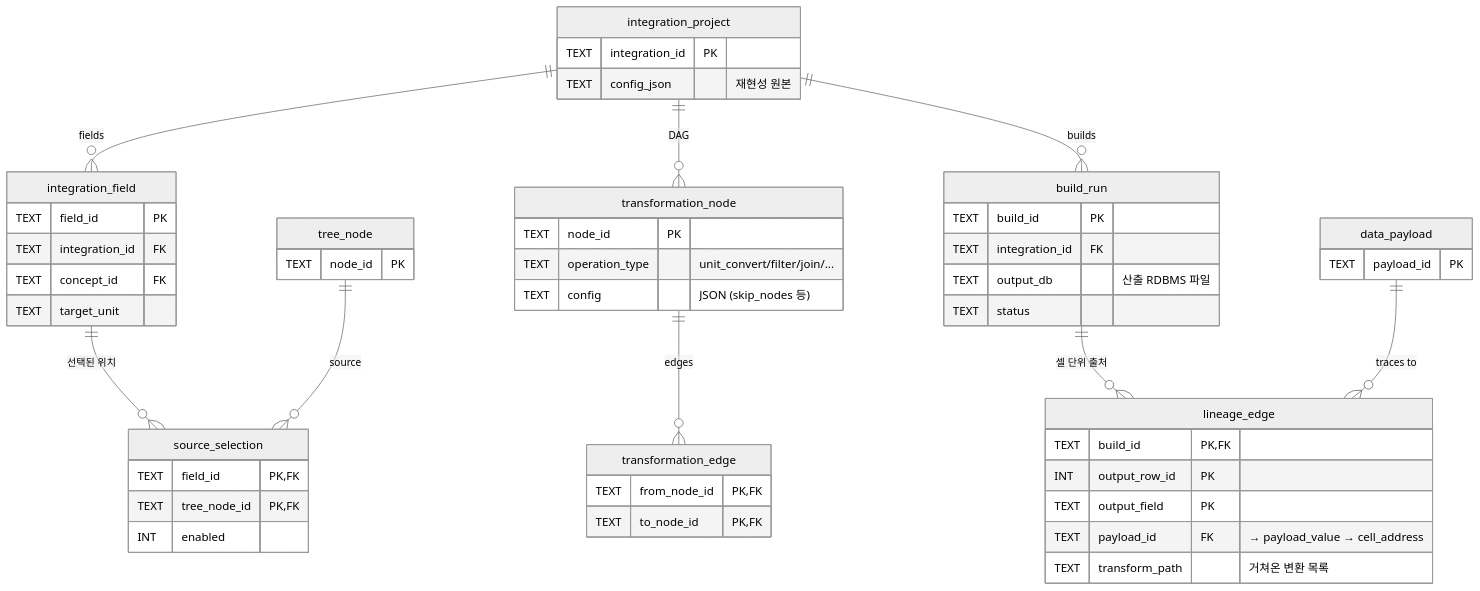
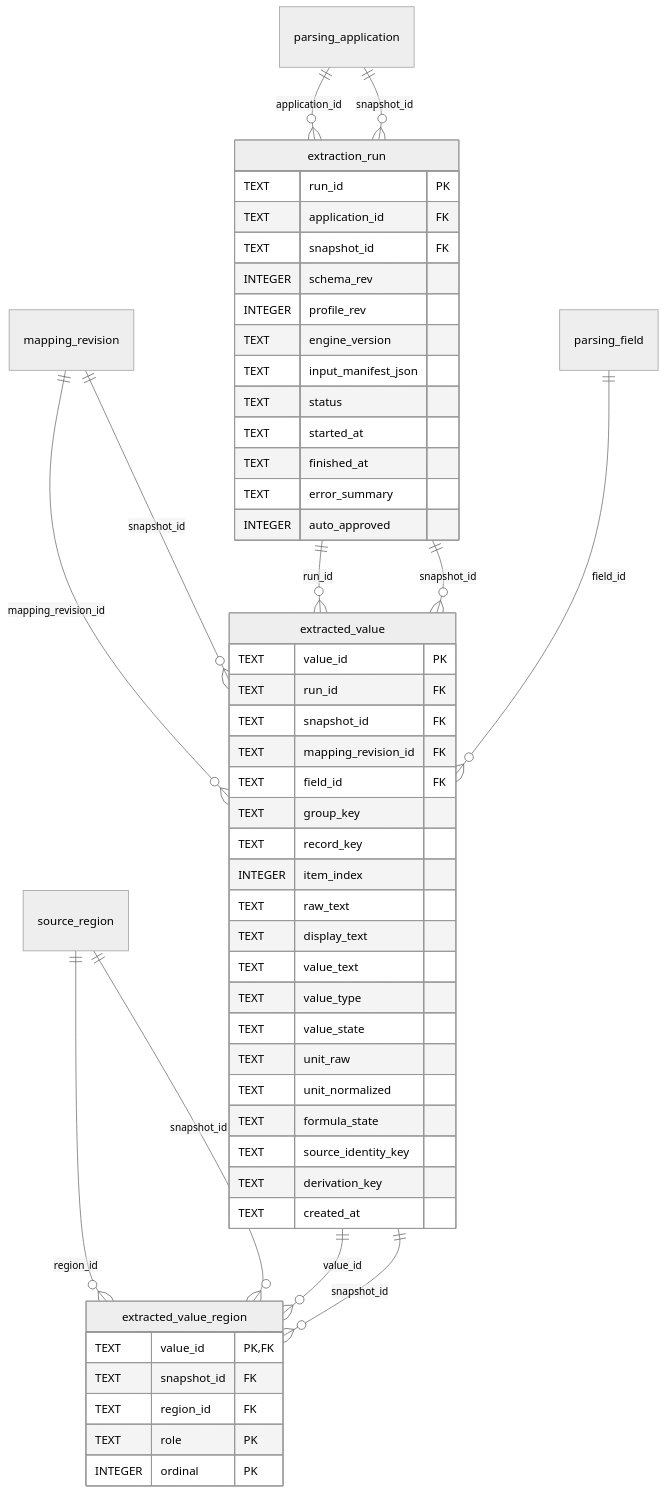
Before and after one commit to ujajuck/data_gathering: the fifth of 11 diagrams in docs/ARCHITECTURE.md, drawn with Mermaid (neutral theme). The commit also changed other lines of this file and 305 other files, not shown here.

First line of the commit message:
레거시 제거와 개명 — v1·v2 런타임과 이관 도구 삭제, kg에서 schema로, 작업 공간 경로 정리

````diff
--- a/docs/ARCHITECTURE.md
+++ b/docs/ARCHITECTURE.md
@@ -287,51 +286,56 @@
 ```mermaid
 erDiagram
-    integration_project {
-        TEXT integration_id PK
-        TEXT config_json "재현성 원본"
+    extraction_run {
+        TEXT run_id PK
+        TEXT application_id FK
+        TEXT snapshot_id FK
+        INTEGER schema_rev
+        INTEGER profile_rev
+        TEXT engine_version
+        TEXT input_manifest_json
+        TEXT status
+        TEXT started_at
+        TEXT finished_at
+        TEXT error_summary
+        INTEGER auto_approved
     }
-    integration_field {
-        TEXT field_id PK
-        TEXT integration_id FK
-        TEXT concept_id FK
-        TEXT target_unit
+    extracted_value {
+        TEXT value_id PK
+        TEXT run_id FK
+        TEXT snapshot_id FK
+        TEXT mapping_revision_id FK
+        TEXT field_id FK
+        TEXT group_key
+        TEXT record_key
+        INTEGER item_index
+        TEXT raw_text
+        TEXT display_text
+        TEXT value_text
+        TEXT value_type
+        TEXT value_state
+        TEXT unit_raw
+        TEXT unit_normalized
+        TEXT formula_state
+        TEXT source_identity_key
+        TEXT derivation_key
+        TEXT created_at
     }
-    source_selection {
-        TEXT field_id PK,FK
-        TEXT tree_node_id PK,FK
-        INT  enabled
+    extracted_value_region {
+        TEXT value_id PK,FK
+        TEXT snapshot_id FK
+        TEXT region_id FK
+        TEXT role PK
+        INTEGER ordinal PK
     }
-    transformation_node {
-        TEXT node_id PK
-        TEXT operation_type "unit_convert/filter/join/..."
-        TEXT config "JSON (skip_nodes 등)"
-    }
-    transformation_edge {
-        TEXT from_node_id PK,FK
-        TEXT to_node_id PK,FK
-    }
-    build_run {
-        TEXT build_id PK
-        TEXT integration_id FK
-        TEXT output_db "산출 RDBMS 파일"
-        TEXT status
-    }
-    lineage_edge {
-        TEXT build_id PK,FK
-        INT  output_row_id PK
-        TEXT output_field PK
-        TEXT payload_id FK "→ payload_value → cell_address"
-        TEXT transform_path "거쳐온 변환 목록"
-    }
-    tree_node { TEXT node_id PK }
-    data_payload { TEXT payload_id PK }
-
-    integration_project ||--o{ integration_field : fields
-    integration_field ||--o{ source_selection : "선택된 위치"
-    tree_node ||--o{ source_selection : source
-    integration_project ||--o{ transformation_node : "DAG"
-    transformation_node ||--o{ transformation_edge : "edges"
-    integration_project ||--o{ build_run : builds
-    build_run ||--o{ lineage_edge : "셀 단위 출처"
-    data_payload ||--o{ lineage_edge : "traces to"
+    parsing_application ||--o{ extraction_run : "application_id"
+    parsing_application ||--o{ extraction_run : "snapshot_id"
+    mapping_revision ||--o{ extracted_value : "mapping_revision_id"
+    mapping_revision ||--o{ extracted_value : "snapshot_id"
+    extraction_run ||--o{ extracted_value : "run_id"
+    extraction_run ||--o{ extracted_value : "snapshot_id"
+    parsing_field ||--o{ extracted_value : "field_id"
+    source_region ||--o{ extracted_value_region : "region_id"
+    source_region ||--o{ extracted_value_region : "snapshot_id"
+    extracted_value ||--o{ extracted_value_region : "value_id"
+    extracted_value ||--o{ extracted_value_region : "snapshot_id"
 ```
````
